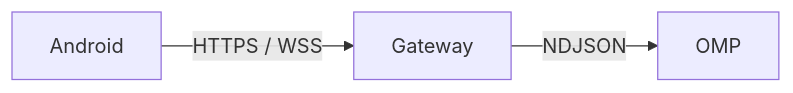
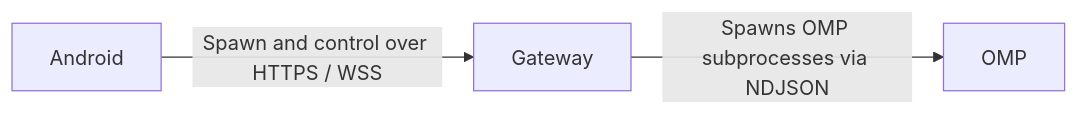
One commit to 3xian/PinkCollab changed the first of 3 diagrams in README.md. Above: the diagram before and after it, drawn with Mermaid. The commit also changed other lines of this file and 2 other files, not shown here.

Commit message:
docs: emphasize spawning OMP tasks

````diff
--- a/README.md
+++ b/README.md
@@ -33,4 +33,4 @@
 ```mermaid
 flowchart LR
-    A[Android] -->|HTTPS / WSS| B[Gateway] -->|NDJSON| C[OMP]
+    A[Android] -->|Spawn and control over HTTPS / WSS| B[Gateway] -->|Spawns OMP subprocesses via NDJSON| C[OMP]
 ```
````
